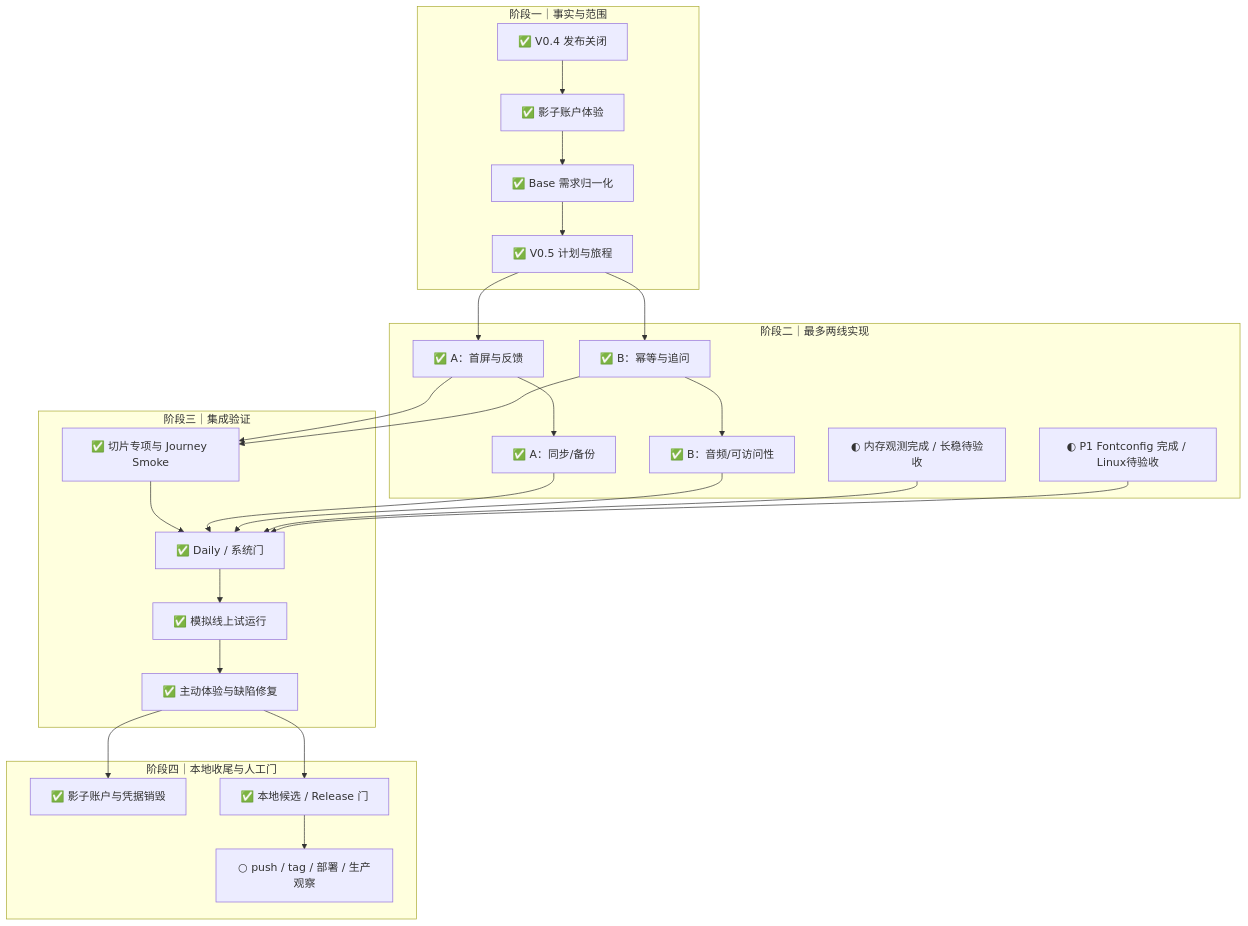
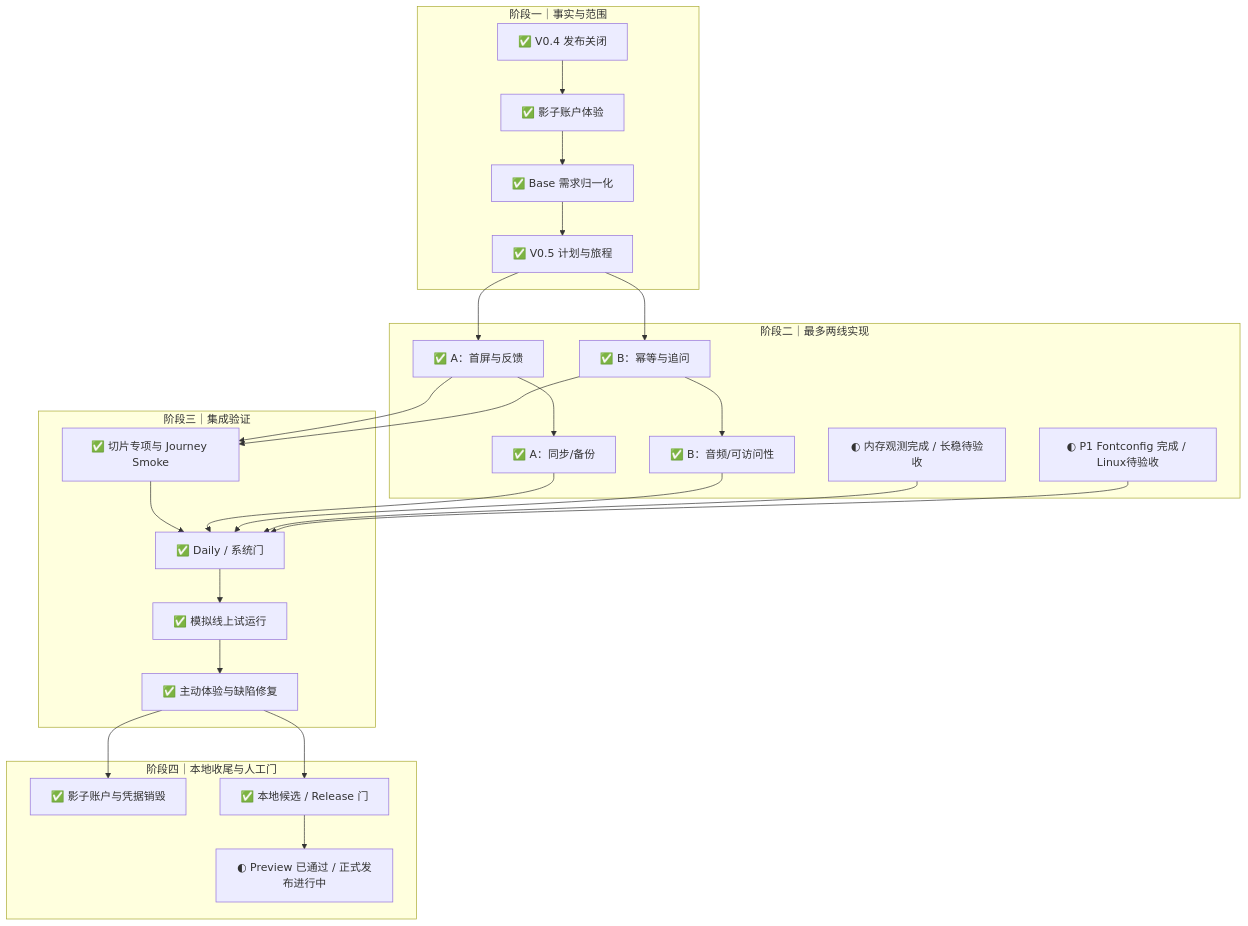
One commit to 77Liu/for-now changed the diagram in reports/iteration-plan-v0.5.0-2026-10-03.md. Above: the diagram before and after it, drawn with Mermaid. The commit also changed other lines of this file and 5 other files, not shown here.

````diff
--- a/reports/iteration-plan-v0.5.0-2026-10-03.md
+++ b/reports/iteration-plan-v0.5.0-2026-10-03.md
@@ -197,35 +197,35 @@
 ```mermaid
 flowchart TD
   subgraph BASE["阶段一｜事实与范围"]
     A["✅ V0.4 发布关闭"] --> B["✅ 影子账户体验"]
     B --> C["✅ Base 需求归一化"]
     C --> D["✅ V0.5 计划与旅程"]
   end
   subgraph BUILD["阶段二｜最多两线实现"]
     E["✅ A：首屏与反馈"] --> F["✅ A：同步/备份"]
     G["✅ B：幂等与追问"] --> H["✅ B：音频/可访问性"]
     I["◐ 内存观测完成 / 长稳待验收"]
     Q["◐ P1 Fontconfig 完成 / Linux待验收"]
   end
   subgraph VERIFY["阶段三｜集成验证"]
     J["✅ 切片专项与 Journey Smoke"] --> K["✅ Daily / 系统门"]
     K --> L["✅ 模拟线上试运行"]
     L --> M["✅ 主动体验与缺陷修复"]
   end
   subgraph CLOSE["阶段四｜本地收尾与人工门"]
     N["✅ 影子账户与凭据销毁"]
     O["✅ 本地候选 / Release 门"]
-    P["○ push / tag / 部署 / 生产观察"]
+    P["◐ Preview 已通过 / 正式发布进行中"]
   end
   D --> E
   D --> G
   E --> J
   G --> J
   F --> K
   H --> K
   I --> K
   Q --> K
   M --> N
   M --> O
   O --> P
 ```
````
